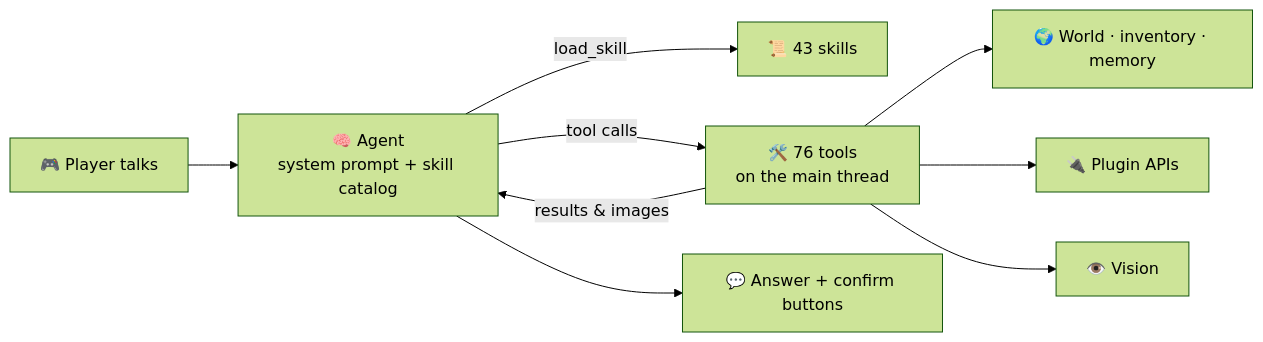
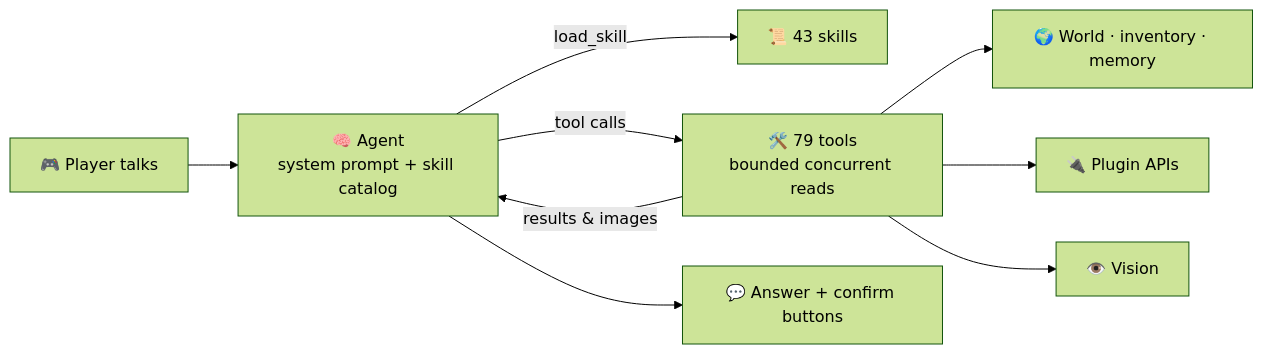
Before and after one commit to obsidianplusplus/PandaGPT: the diagram in README.en.md, drawn with Mermaid (forest theme). The commit also changed other lines of this file and 51 other files, not shown here.

````diff
--- a/README.en.md
+++ b/README.en.md
@@ -192,11 +193,11 @@
 ```mermaid
 flowchart LR
     P["🎮 Player talks"] --> A["🧠 Agent<br/>system prompt + skill catalog"]
     A -->|load_skill| S["📜 43 skills"]
-    A -->|tool calls| T["🛠️ 76 tools<br/>on the main thread"]
+    A -->|tool calls| T["🛠️ 79 tools<br/>bounded concurrent reads"]
     T --> W["🌍 World · inventory · memory"]
     T --> I["🔌 Plugin APIs"]
     T --> V["👁️ Vision"]
     T -->|results & images| A
     A --> R["💬 Answer + confirm buttons"]
 ```
````
